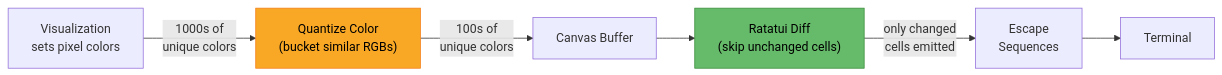
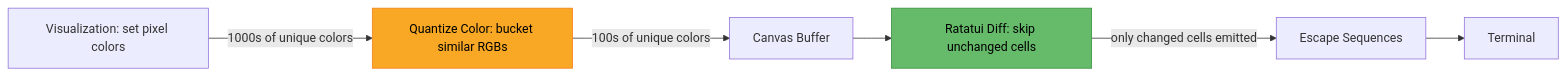
Before and after one commit to joelmgallant/terminal-vibes: the first of 3 diagrams in README.md, drawn with Mermaid. The commit also changed other lines of this file, not shown here.

First line of the commit message:
docs: fix Mermaid diagram text cutoff in Safari

````diff
--- a/README.md
+++ b/README.md
@@ -279,11 +279,11 @@
 ```mermaid
 flowchart LR
-    V["Visualization<br/>sets pixel colors"] -->|"1000s of<br/>unique colors"| Q["Quantize Color<br/>(bucket similar RGBs)"]
-    Q -->|"100s of<br/>unique colors"| CB["Canvas Buffer"]
-    CB --> RD["Ratatui Diff<br/>(skip unchanged cells)"]
-    RD -->|"only changed<br/>cells emitted"| ES["Escape<br/>Sequences"]
+    V["Visualization: set pixel colors"] -->|"1000s of unique colors"| Q["Quantize Color: bucket similar RGBs"]
+    Q -->|"100s of unique colors"| CB["Canvas Buffer"]
+    CB --> RD["Ratatui Diff: skip unchanged cells"]
+    RD -->|"only changed cells emitted"| ES["Escape Sequences"]
     ES --> T["Terminal"]
 
     style Q fill:#f9a825,stroke:#f57f17,color:#000
     style RD fill:#66bb6a,stroke:#388e3c,color:#000
 ```
````
